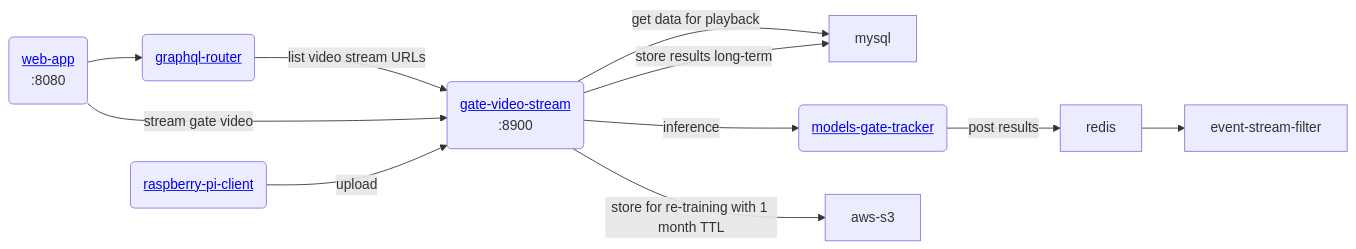
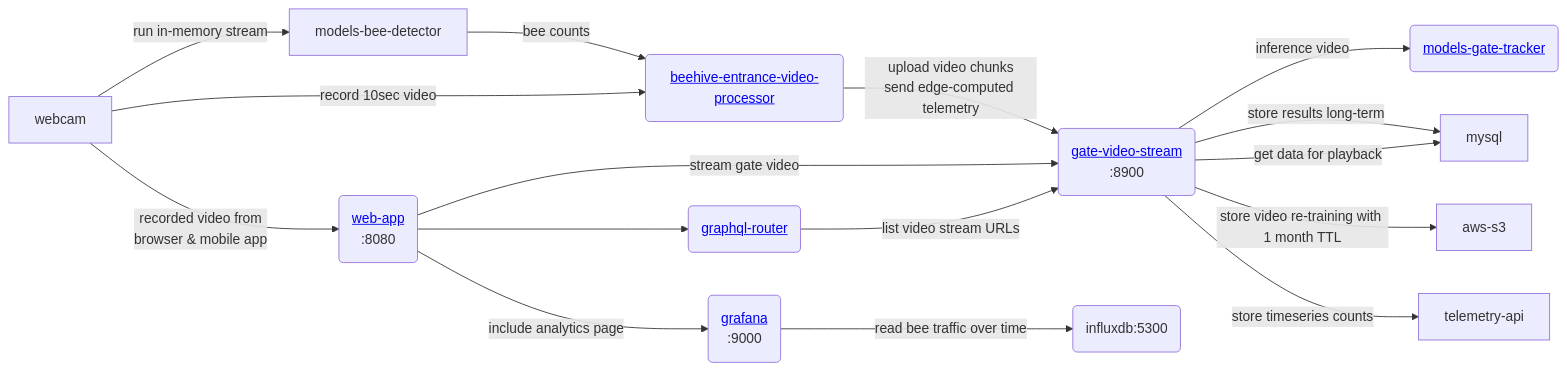
One commit to Gratheon/web-app changed the third of 3 diagrams in README.md. Above: the diagram before and after it, drawn with Mermaid. The commit also changed other lines of this file, not shown here.

Commit message:
update architecture

````diff
--- a/README.md
+++ b/README.md
@@ -67,9 +67,18 @@
 ```mermaid
 flowchart LR
 	web-app("<a href='https://github.com/Gratheon/web-app'>web-app</a>\n:8080") --> graphql-router("<a href='https://github.com/Gratheon/graphql-router'>graphql-router</a>") --"list video stream URLs"--> gate-video-stream -- "get data for playback" --> mysql
-	web-app --"stream gate video"--> gate-video-stream("<a href='https://github.com/Gratheon/gate-video-stream'>gate-video-stream</a>\n:8900") --"inference"--> models-gate-tracker("<a href='https://github.com/Gratheon/models-gate-tracker'>models-gate-tracker</a>")--"post results"-->redis-->event-stream-filter
-	gate-video-stream --"store for re-training with 1 month TTL"--> aws-s3
+
+	webcam --"recorded video from \n browser & mobile app"--> web-app
+	web-app --"stream gate video"--> gate-video-stream("<a href='https://github.com/Gratheon/gate-video-stream'>gate-video-stream</a>\n:8900") --"inference video"--> models-gate-tracker("<a href='https://github.com/Gratheon/models-gate-tracker'>models-gate-tracker</a>")
+	gate-video-stream --"store video re-training with 1 month TTL"--> aws-s3
 	gate-video-stream --"store results long-term" --> mysql
 
-	raspberry-pi-client("<a href='https://github.com/Gratheon/raspberry-pi-client'>raspberry-pi-client</a>") --"upload"--> gate-video-stream
+	beehive-entrance-video-processor("<a href='https://github.com/Gratheon/beehive-entrance-video-processor'>beehive-entrance-video-processor</a>") --"upload video chunks\nsend edge-computed telemetry"--> gate-video-stream --"store timeseries counts"--> telemetry-api
+
+	webcam --"record 10sec video"--> beehive-entrance-video-processor
+	webcam --"run in-memory stream"-->models-bee-detector
+	models-bee-detector --"bee counts"--> beehive-entrance-video-processor
+	
+
+	web-app --"include analytics page"--> grafana("<a href='https://github.com/Gratheon/grafana'>grafana</a>\n:9000") --"read bee traffic over time"--> influxdb("influxdb:5300")
 ```
````
